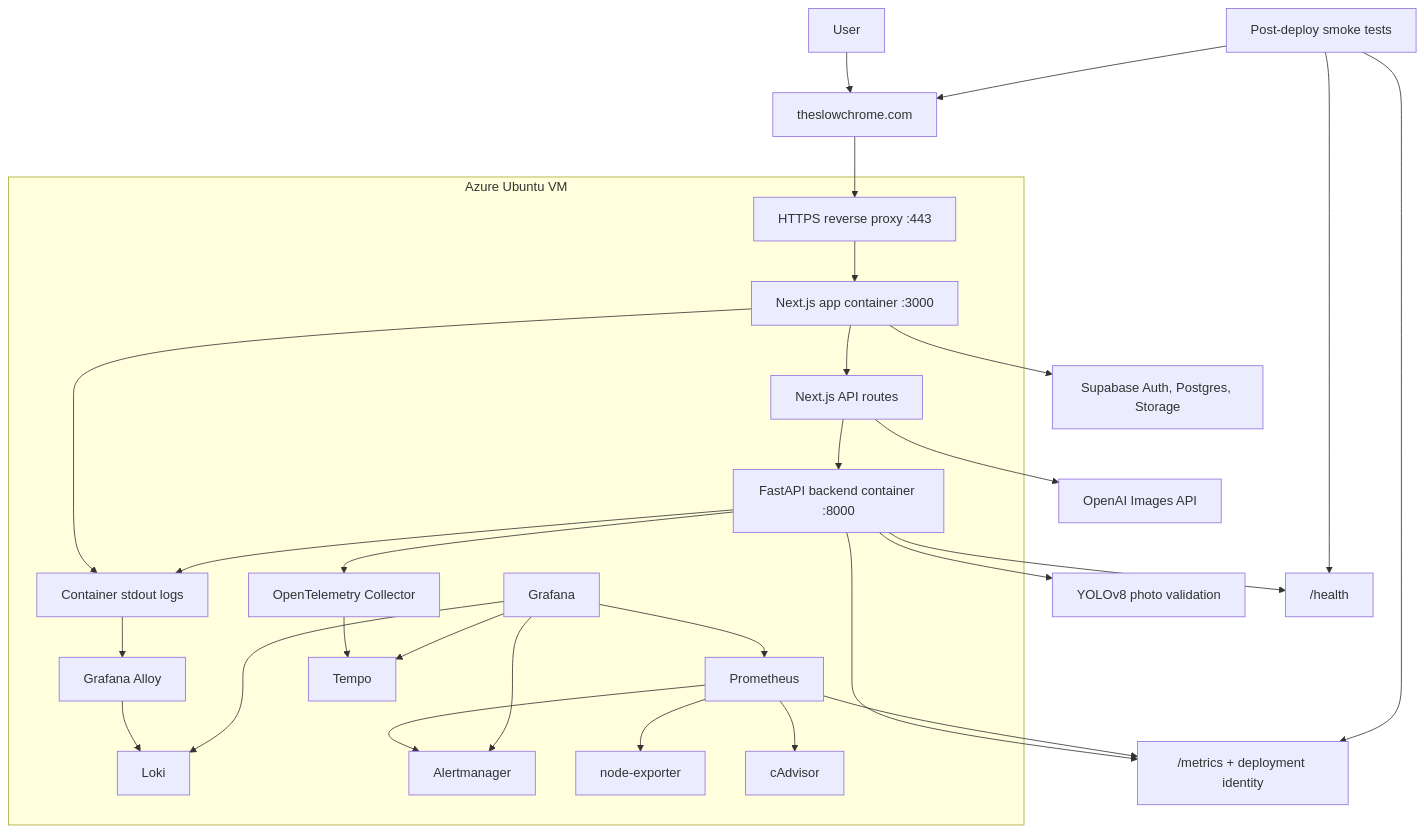
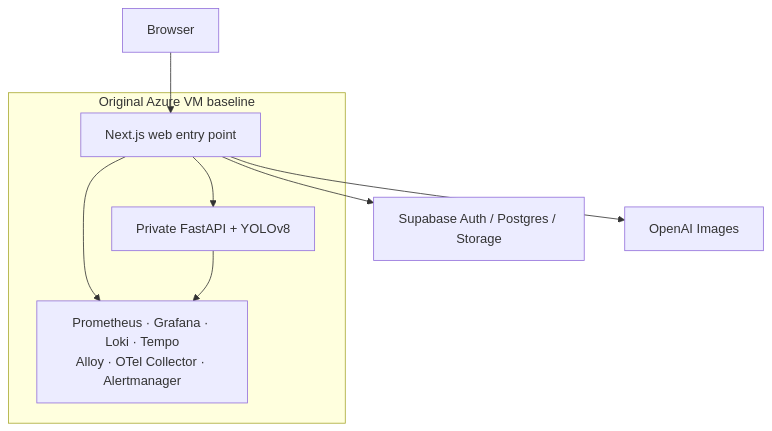
The first of 3 diagrams in docs/technical-case-study.md (hzzcoding/SlowChrome-Showcase), drawn with Mermaid before and after one commit. The commit also changed other lines of this file and 6 other files, not shown here.

````diff
--- a/docs/technical-case-study.md
+++ b/docs/technical-case-study.md
@@ -9,48 +43,15 @@
 ```mermaid
 flowchart TD
-    user["User"] --> domain["theslowchrome.com"]
-    domain --> proxy["HTTPS reverse proxy :443"]
-    proxy --> frontend["Next.js app container :3000"]
-    frontend --> api["Next.js API routes"]
-    api --> backend["FastAPI backend container :8000"]
-    backend --> detector["YOLOv8 photo validation"]
-    api --> openai["OpenAI Images API"]
-    frontend --> supabase["Supabase Auth, Postgres, Storage"]
-    smoke["Post-deploy smoke tests"] --> domain
+    browser["Browser"] --> web["Next.js web entry point"]
+    web --> api["Private FastAPI + YOLOv8"]
+    web --> supabase["Supabase Auth / Postgres / Storage"]
+    web --> openai["OpenAI Images"]
 
-    subgraph vm["Azure Ubuntu VM"]
-        proxy
-        frontend
+    subgraph vm["Original Azure VM baseline"]
+        web
         api
-        backend
-        logs["Container stdout logs"]
-        prometheus["Prometheus"]
-        grafana["Grafana"]
-        loki["Loki"]
-        alloy["Grafana Alloy"]
-        tempo["Tempo"]
-        otel["OpenTelemetry Collector"]
-        alertmanager["Alertmanager"]
-        node["node-exporter"]
-        cadvisor["cAdvisor"]
+        vmobs["Prometheus · Grafana · Loki · Tempo\nAlloy · OTel Collector · Alertmanager"]
     end
-
-    backend --> health["/health"]
-    backend --> metrics["/metrics + deployment identity"]
-    smoke --> health
-    smoke --> metrics
-    frontend --> logs
-    backend --> logs
-    prometheus --> metrics
-    prometheus --> node
-    prometheus --> cadvisor
-    logs --> alloy
-    backend --> otel
-    otel --> tempo
-    alloy --> loki
-    prometheus --> alertmanager
-    grafana --> prometheus
-    grafana --> loki
-    grafana --> tempo
-    grafana --> alertmanager
+    web --> vmobs
+    api --> vmobs
 ```
````
